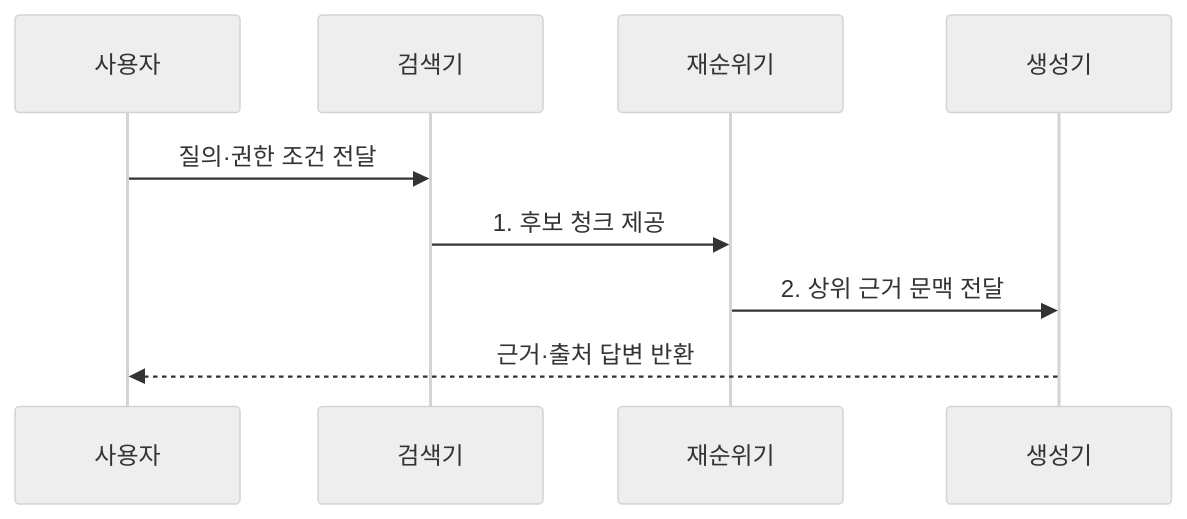
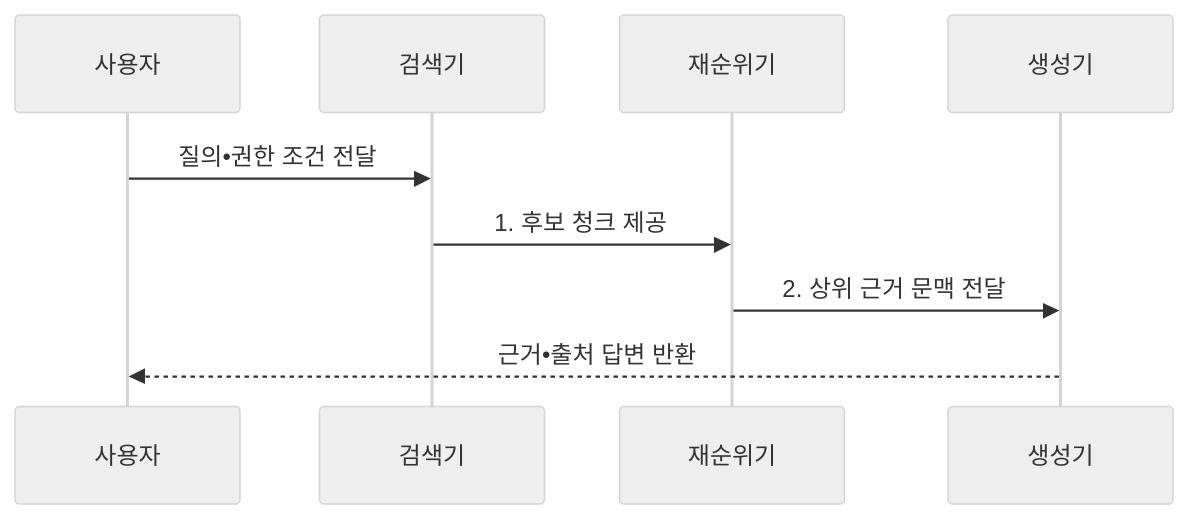
One commit to agnusdei1207/knowledge-base changed the second of 2 diagrams in src/content/docs/notes/08-latest-tech/070_retrieval_augmented_generation.md. Above: the diagram before and after it, drawn with Mermaid (neutral theme). The commit also changed other lines of this file and 953 other files, not shown here.

````diff
--- a/src/content/docs/notes/08-latest-tech/070_retrieval_augmented_generation.md
+++ b/src/content/docs/notes/08-latest-tech/070_retrieval_augmented_generation.md
@@ -103,11 +103,11 @@
 ```mermaid
 sequenceDiagram
     participant U as 사용자
     participant R as 검색기
     participant K as 재순위기
     participant G as 생성기
-    U->>R: 질의·권한 조건 전달
+    U->>R: 질의•권한 조건 전달
     R->>K: 1. 후보 청크 제공
     K->>G: 2. 상위 근거 문맥 전달
-    G-->>U: 근거·출처 답변 반환
+    G-->>U: 근거•출처 답변 반환
 ```
````
